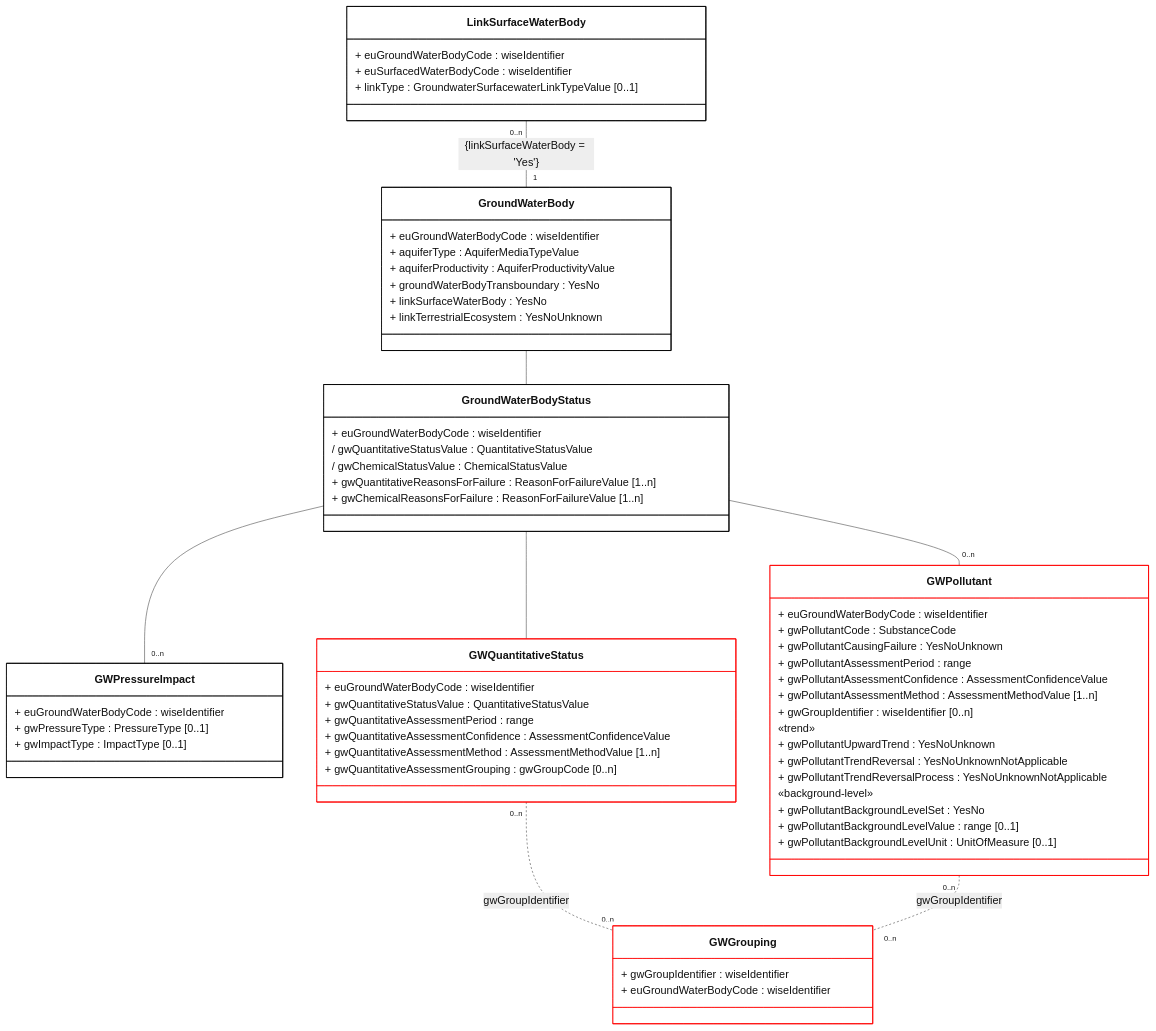
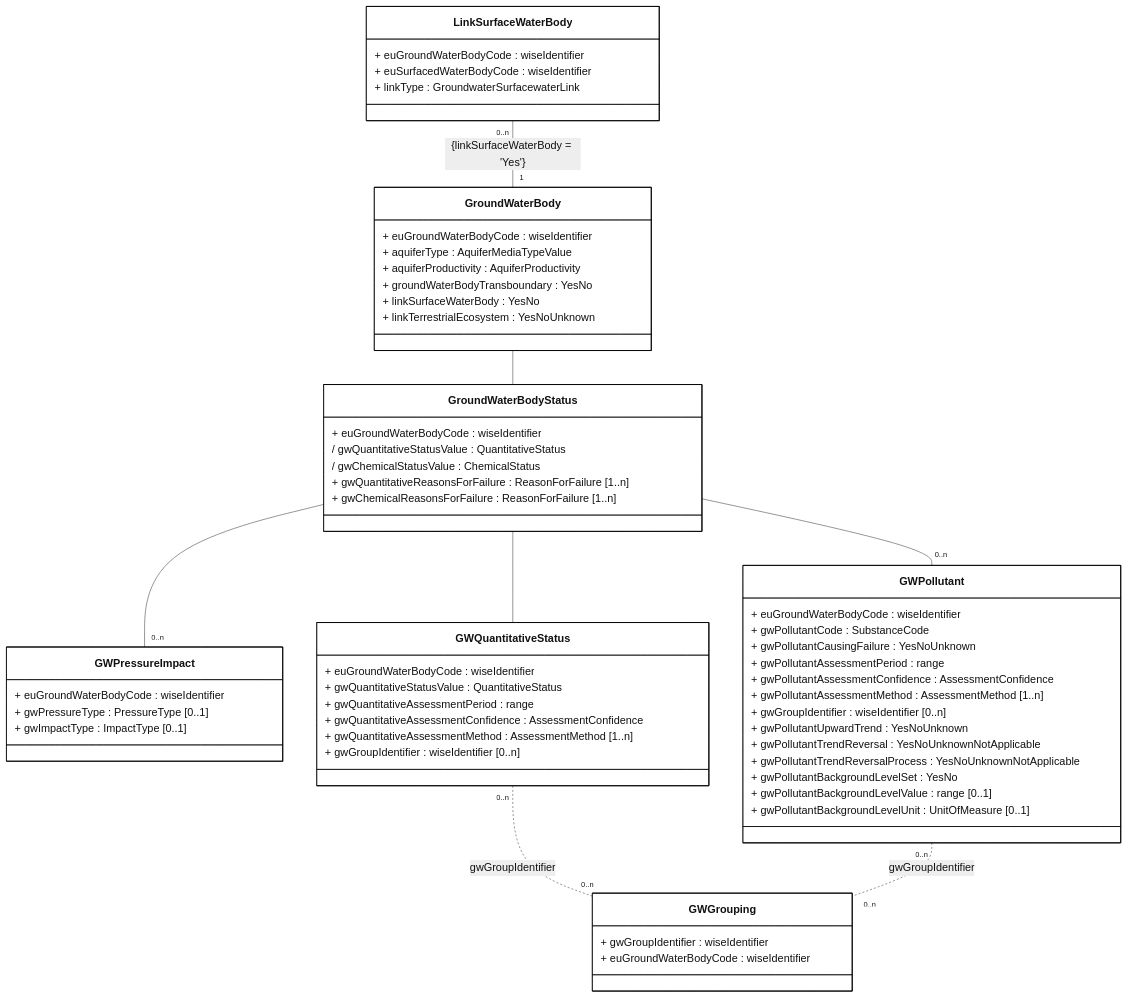
Before and after one commit to eeadata/WISE.WFD.Documentation: the diagram in docs/DataModelReview/mmd/Groundwater_DescriptiveData_4thCycle_ClassDiagram.mmd, drawn with Mermaid. The commit also changed 4 other files, not shown here.

Commit message:
Groundwater schema

```diff
--- a/docs/DataModelReview/mmd/Groundwater_DescriptiveData_4thCycle_ClassDiagram.mmd
+++ b/docs/DataModelReview/mmd/Groundwater_DescriptiveData_4thCycle_ClassDiagram.mmd
@@ -1,88 +1,85 @@
 ---
 config:
   class:
     hideEmptyMembersBox: true
   layout: dagre
   theme: neutral
 ---
 classDiagram
 direction TB
 
 class LinkSurfaceWaterBody{
     + euGroundWaterBodyCode : wiseIdentifier
     + euSurfacedWaterBodyCode : wiseIdentifier
-    + linkType : GroundwaterSurfacewaterLinkTypeValue [0..1]
+    + linkType : GroundwaterSurfacewaterLink
 }
 
 class GroundWaterBody{
     + euGroundWaterBodyCode : wiseIdentifier
     + aquiferType : AquiferMediaTypeValue
-    + aquiferProductivity : AquiferProductivityValue
+    + aquiferProductivity : AquiferProductivity
     + groundWaterBodyTransboundary : YesNo
     + linkSurfaceWaterBody : YesNo
     + linkTerrestrialEcosystem : YesNoUnknown
 }
 
 class GWPressureImpact{
     + euGroundWaterBodyCode : wiseIdentifier
     + gwPressureType : PressureType [0..1]
     + gwImpactType : ImpactType  [0..1]
 }
 
-
-class GWQuantitativeStatus:::forFixing{
+class GWQuantitativeStatus{
     + euGroundWaterBodyCode : wiseIdentifier
-    + gwQuantitativeStatusValue : QuantitativeStatusValue
+    + gwQuantitativeStatusValue : QuantitativeStatus
     + gwQuantitativeAssessmentPeriod : range
-    + gwQuantitativeAssessmentConfidence : AssessmentConfidenceValue
-    + gwQuantitativeAssessmentMethod : AssessmentMethodValue [1..n]
-    + gwQuantitativeAssessmentGrouping : gwGroupCode [0..n]
+    + gwQuantitativeAssessmentConfidence : AssessmentConfidence
+    + gwQuantitativeAssessmentMethod : AssessmentMethod [1..n]
+    + gwGroupIdentifier : wiseIdentifier [0..n]
 }
 
 class GroundWaterBodyStatus{
     
     + euGroundWaterBodyCode : wiseIdentifier
-    / gwQuantitativeStatusValue : QuantitativeStatusValue
-    / gwChemicalStatusValue : ChemicalStatusValue
+    / gwQuantitativeStatusValue : QuantitativeStatus
+    / gwChemicalStatusValue : ChemicalStatus
 
-    + gwQuantitativeReasonsForFailure : ReasonForFailureValue [1..n]
-    + gwChemicalReasonsForFailure : ReasonForFailureValue [1..n]
+    + gwQuantitativeReasonsForFailure : ReasonForFailure [1..n]
+    + gwChemicalReasonsForFailure : ReasonForFailure [1..n]
 } 
 
-class GWPollutant:::forFixing{
+class GWPollutant{
     + euGroundWaterBodyCode : wiseIdentifier
     + gwPollutantCode : SubstanceCode
     + gwPollutantCausingFailure : YesNoUnknown
     + gwPollutantAssessmentPeriod : range
-    + gwPollutantAssessmentConfidence : AssessmentConfidenceValue 
-    + gwPollutantAssessmentMethod : AssessmentMethodValue [1..n]
+    + gwPollutantAssessmentConfidence : AssessmentConfidence 
+    + gwPollutantAssessmentMethod : AssessmentMethod [1..n]
     + gwGroupIdentifier : wiseIdentifier [0..n]
 
-    «trend»
     + gwPollutantUpwardTrend : YesNoUnknown
     + gwPollutantTrendReversal : YesNoUnknownNotApplicable
     + gwPollutantTrendReversalProcess : YesNoUnknownNotApplicable
 
-    «background-level»
     + gwPollutantBackgroundLevelSet : YesNo
     + gwPollutantBackgroundLevelValue : range [0..1] 
     + gwPollutantBackgroundLevelUnit : UnitOfMeasure [0..1] 
 }
 
-class GWGrouping:::forFixing{
+class GWGrouping{
     + gwGroupIdentifier : wiseIdentifier
     + euGroundWaterBodyCode : wiseIdentifier
 }
 
 GroundWaterBody -- GroundWaterBodyStatus    
 GroundWaterBodyStatus --  GWQuantitativeStatus
 GroundWaterBodyStatus -- "0..n" GWPollutant
 GroundWaterBodyStatus -- "0..n" GWPressureImpact
 
 GWQuantitativeStatus "0..n" .. "0..n" GWGrouping : gwGroupIdentifier
 GWPollutant "0..n" .. "0..n" GWGrouping : gwGroupIdentifier
 
 LinkSurfaceWaterBody "0..n" -- "1" GroundWaterBody : {linkSurfaceWaterBody = 'Yes'}
 
 classDef default fill:white,stroke:#000;
 classDef forFixing fill:white,stroke:#f00;
```
